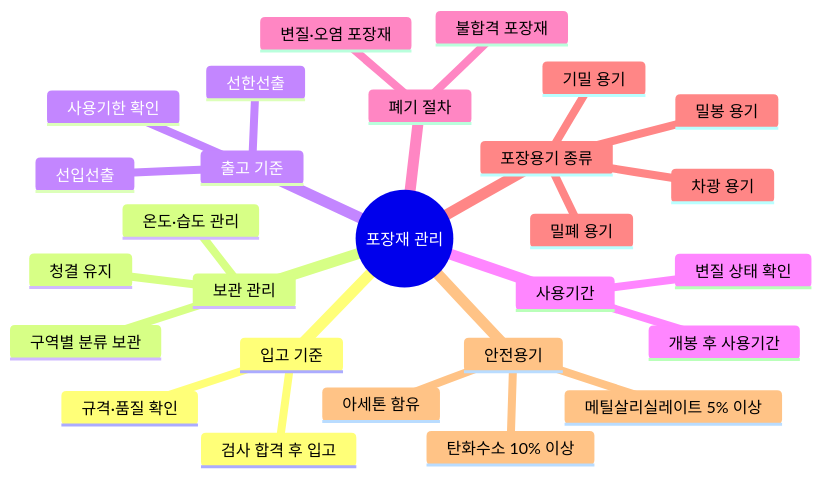
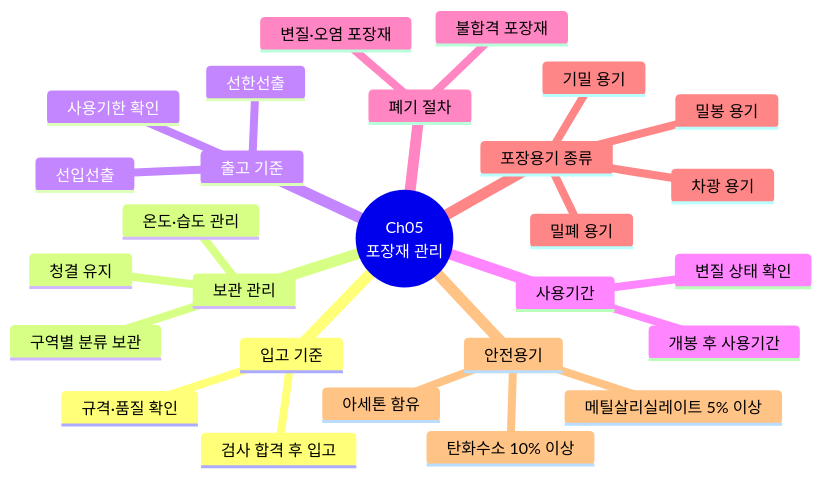
One commit to skygoldlee-cyber/Personalized_Skincare changed diagram 14 of 19 in content/교재/safety/3과목_유통화장품안전관리_이야기형.md. Above: the diagram before and after it, drawn with Mermaid. The commit also changed other lines of this file and 8 other files, not shown here.

````diff
--- a/content/교재/safety/3과목_유통화장품안전관리_이야기형.md
+++ b/content/교재/safety/3과목_유통화장품안전관리_이야기형.md
@@ -3005,30 +3005,30 @@
 ```mermaid
 mindmap
- root((포장재 관리))
+ root((Ch05<br/>포장재 관리))
   입고 기준
    규격·품질 확인
    검사 합격 후 입고
   보관 관리
    온도·습도 관리
    청결 유지
    구역별 분류 보관
   출고 기준
    선입선출
    선한선출
    사용기한 확인
   사용기간
    개봉 후 사용기간
    변질 상태 확인
   폐기 절차
    불합격 포장재
    변질·오염 포장재
   포장용기 종류
    밀폐 용기
    기밀 용기
    밀봉 용기
    차광 용기
   안전용기
    아세톤 함유
    탄화수소 10% 이상
    메틸살리실레이트 5% 이상
 ```
````
